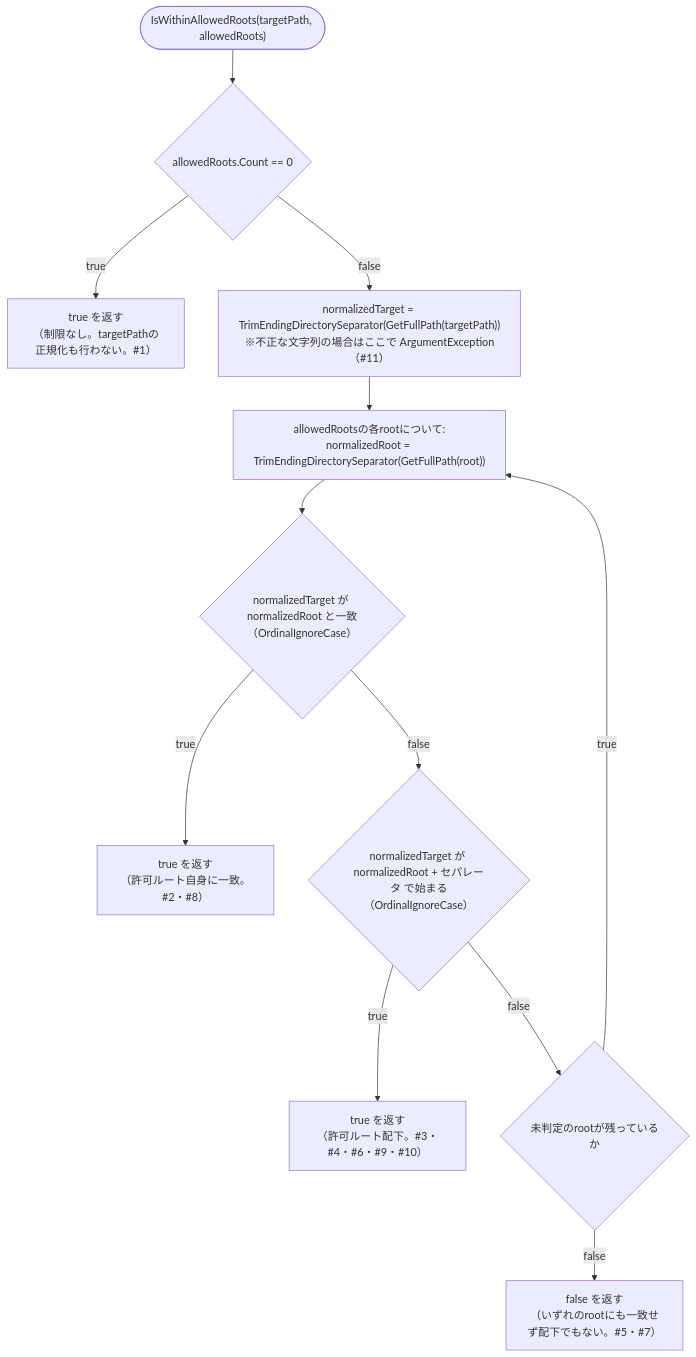
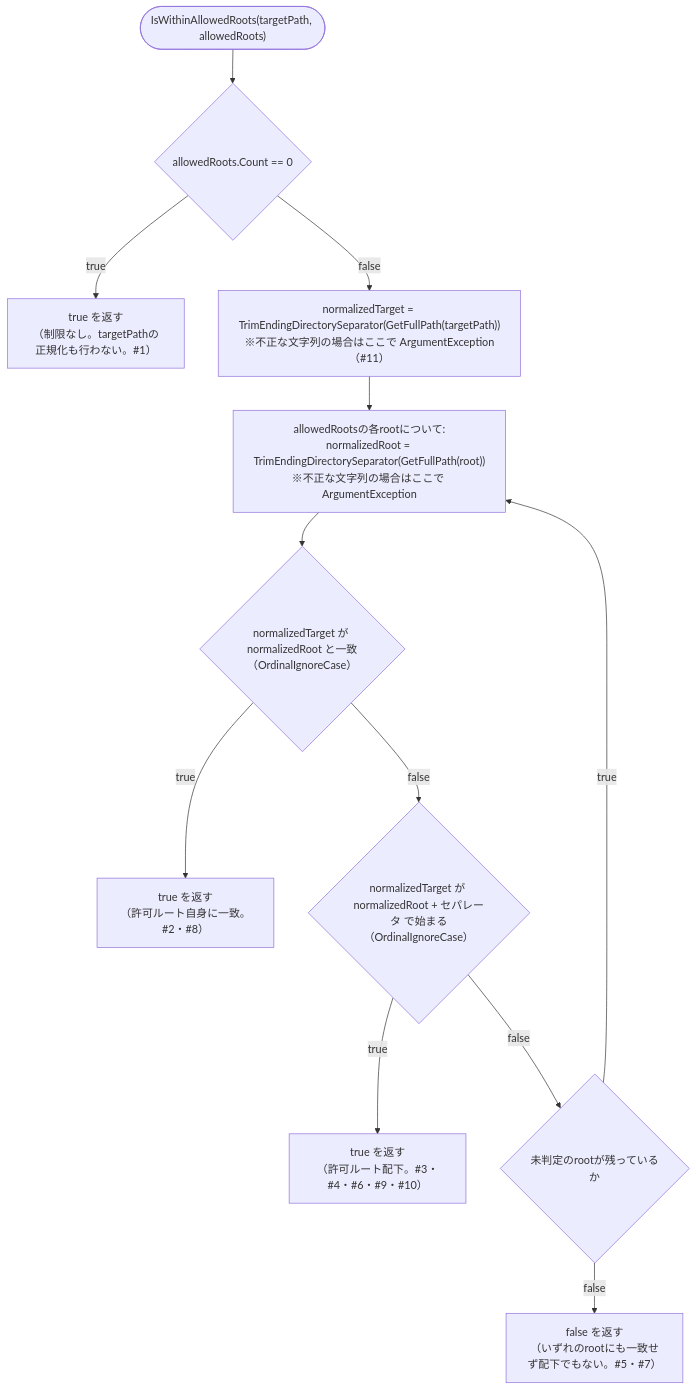
One commit to SanghunIm1991/claudeCodeGUI changed the sixth of 6 diagrams in docs/03_function_design/function_design.md. Above: the diagram before and after it, drawn with Mermaid. The commit also changed 2 other files, not shown here.

Commit message:
[claude] 関数設計(可読性) COMP-07軽微指摘を修正・収束を記録。COMP-08へ進行
PickRootノードにallowedRoots側のArgumentException注記を追加。軽量モデルによる
初回修正が誤って境界値番号(#11)を付与したため、オーケストレーターの確認で
発見し追加修正で削除(#11はtargetPath側の空文字列パターンでありallowedRoots側
に対応する境界値パターンは表に存在しないため)。COMP-07の関数設計を完了とする。

````diff
--- a/docs/03_function_design/function_design.md
+++ b/docs/03_function_design/function_design.md
@@ -743,14 +743,14 @@
 ```mermaid
 flowchart TD
     Start(["IsWithinAllowedRoots(targetPath, allowedRoots)"]) --> Empty{"allowedRoots.Count == 0"}
     Empty -->|true| True1["true を返す\n（制限なし。targetPathの正規化も行わない。#1）"]
     Empty -->|false| Normalize["normalizedTarget = TrimEndingDirectorySeparator(GetFullPath(targetPath))\n※不正な文字列の場合はここで ArgumentException（#11）"]
-    Normalize --> PickRoot["allowedRootsの各rootについて:\nnormalizedRoot = TrimEndingDirectorySeparator(GetFullPath(root))"]
+    Normalize --> PickRoot["allowedRootsの各rootについて:\nnormalizedRoot = TrimEndingDirectorySeparator(GetFullPath(root))\n※不正な文字列の場合はここで ArgumentException"]
     PickRoot --> Eq{"normalizedTarget が normalizedRoot と一致\n（OrdinalIgnoreCase）"}
     Eq -->|true| True2["true を返す\n（許可ルート自身に一致。#2・#8）"]
     Eq -->|false| Under{"normalizedTarget が normalizedRoot + セパレータ で始まる\n（OrdinalIgnoreCase）"}
     Under -->|true| True3["true を返す\n（許可ルート配下。#3・#4・#6・#9・#10）"]
     Under -->|false| Next{"未判定のrootが残っているか"}
     Next -->|true| PickRoot
     Next -->|false| False1["false を返す\n（いずれのrootにも一致せず配下でもない。#5・#7）"]
 ```
````
